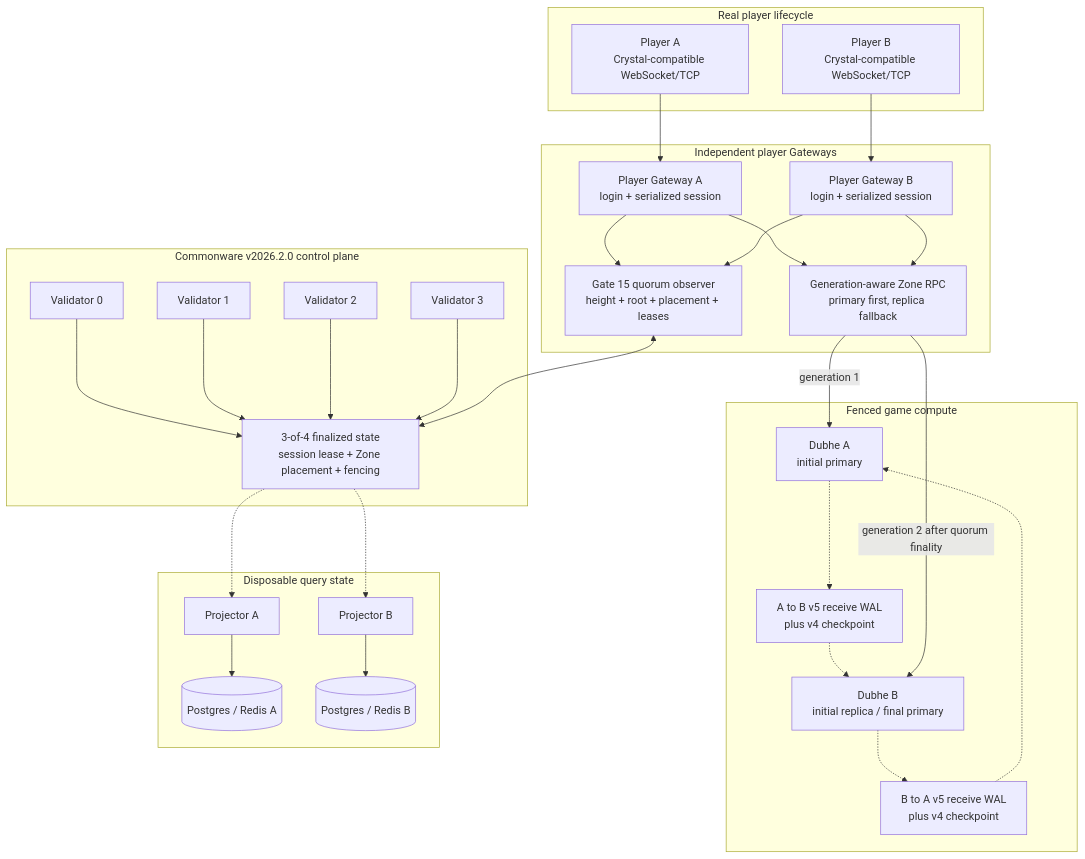
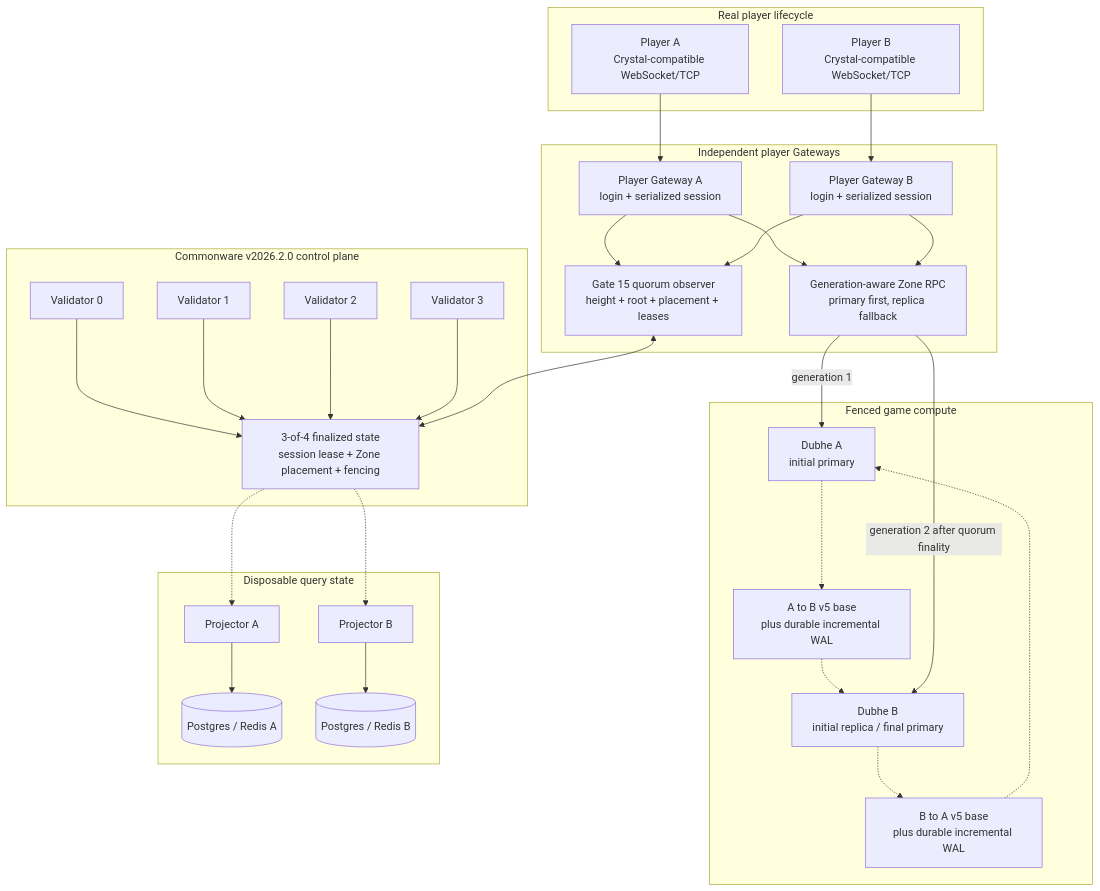
Before and after one commit to Zombieliu/mir2: the diagram in mir2-web3/docs/GATE15-REAL-PLAYER-FAILOVER.md, drawn with Mermaid. The commit also changed other lines of this file and 14 other files, not shown here.

````diff
--- a/mir2-web3/docs/GATE15-REAL-PLAYER-FAILOVER.md
+++ b/mir2-web3/docs/GATE15-REAL-PLAYER-FAILOVER.md
@@ -36,56 +36,56 @@
 ```mermaid
 flowchart TB
   subgraph Players["Real player lifecycle"]
     P1["Player A<br/>Crystal-compatible WebSocket/TCP"]
     P2["Player B<br/>Crystal-compatible WebSocket/TCP"]
   end
 
   subgraph Edge["Independent player Gateways"]
     G1["Player Gateway A<br/>login + serialized session"]
     G2["Player Gateway B<br/>login + serialized session"]
     OBS["Gate 15 quorum observer<br/>height + root + placement + leases"]
     RPC["Generation-aware Zone RPC<br/>primary first, replica fallback"]
     G1 --> OBS
     G2 --> OBS
     G1 --> RPC
     G2 --> RPC
   end
 
   subgraph Commonware["Commonware v2026.2.0 control plane"]
     V0["Validator 0"]
     V1["Validator 1"]
     V2["Validator 2"]
     V3["Validator 3"]
     FINAL["3-of-4 finalized state<br/>session lease + Zone placement + fencing"]
     V0 --> FINAL
     V1 --> FINAL
     V2 --> FINAL
     V3 --> FINAL
   end
 
   subgraph Zone["Fenced game compute"]
     ZA["Dubhe A<br/>initial primary"]
     ZB["Dubhe B<br/>initial replica / final primary"]
-    CP1["A to B v5 receive WAL<br/>plus v4 checkpoint"]
-    CP2["B to A v5 receive WAL<br/>plus v4 checkpoint"]
+    CP1["A to B v5 base<br/>plus durable incremental WAL"]
+    CP2["B to A v5 base<br/>plus durable incremental WAL"]
     ZA -.-> CP1 -.-> ZB
     ZB -.-> CP2 -.-> ZA
   end
 
   subgraph Projection["Disposable query state"]
     PR1["Projector A"]
     PR2["Projector B"]
     DB1[("Postgres / Redis A")]
     DB2[("Postgres / Redis B")]
     PR1 --> DB1
     PR2 --> DB2
   end
 
   P1 --> G1
   P2 --> G2
   OBS <--> FINAL
   RPC -->|"generation 1"| ZA
   RPC -->|"generation 2 after quorum finality"| ZB
   FINAL -.-> PR1
   FINAL -.-> PR2
 ```
````
